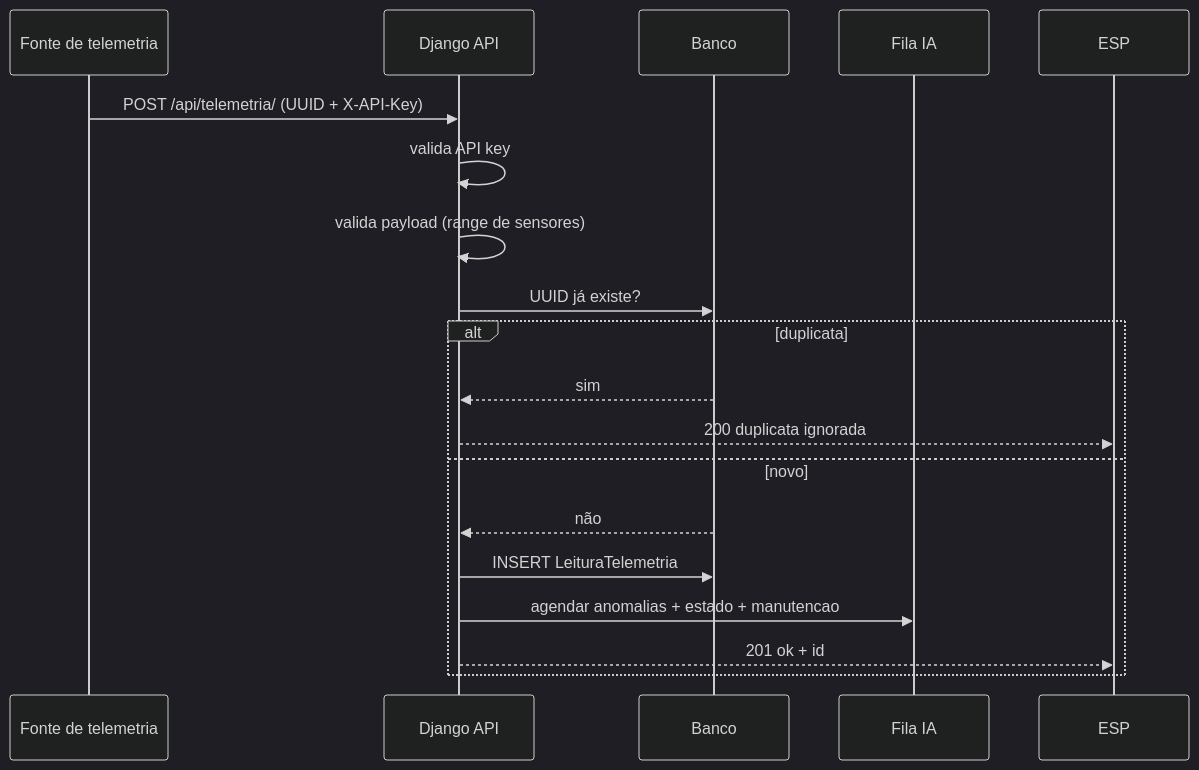
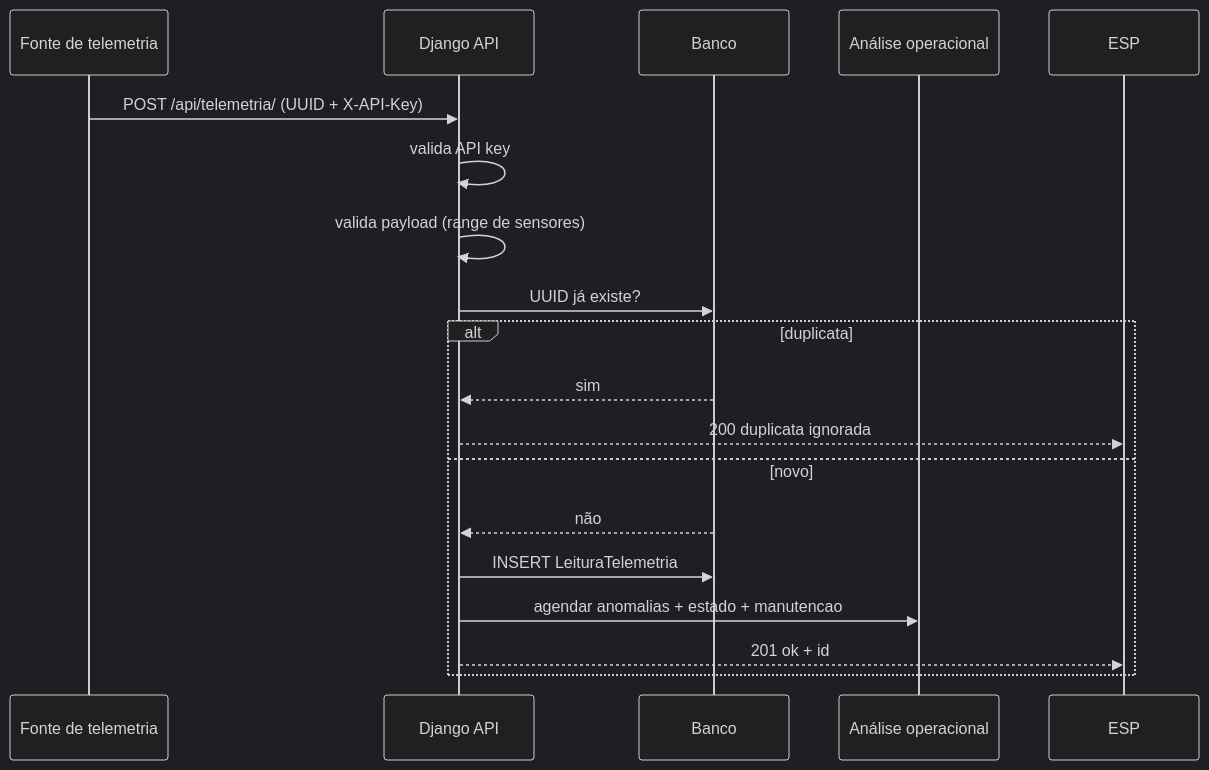
Before and after one commit to Desmantelar-bit/fieldnode: the second of 3 diagrams in README.md, drawn with Mermaid (dark theme). The commit also changed other lines of this file and 1 other file, not shown here.

````diff
--- a/README.md
+++ b/README.md
@@ -40,21 +40,21 @@
 ```mermaid
 sequenceDiagram
     participant SOURCE as Fonte de telemetria
     participant API as Django API
     participant DB as Banco
-    participant IA as Fila IA
+    participant IA as Análise operacional
 
     SOURCE->>API: POST /api/telemetria/ (UUID + X-API-Key)
     API->>API: valida API key
     API->>API: valida payload (range de sensores)
     API->>DB: UUID já existe?
     alt duplicata
         DB-->>API: sim
         API-->>ESP: 200 duplicata ignorada
     else novo
         DB-->>API: não
         API->>DB: INSERT LeituraTelemetria
         API->>IA: agendar anomalias + estado + manutencao
         API-->>ESP: 201 ok + id
     end
 ```
````
